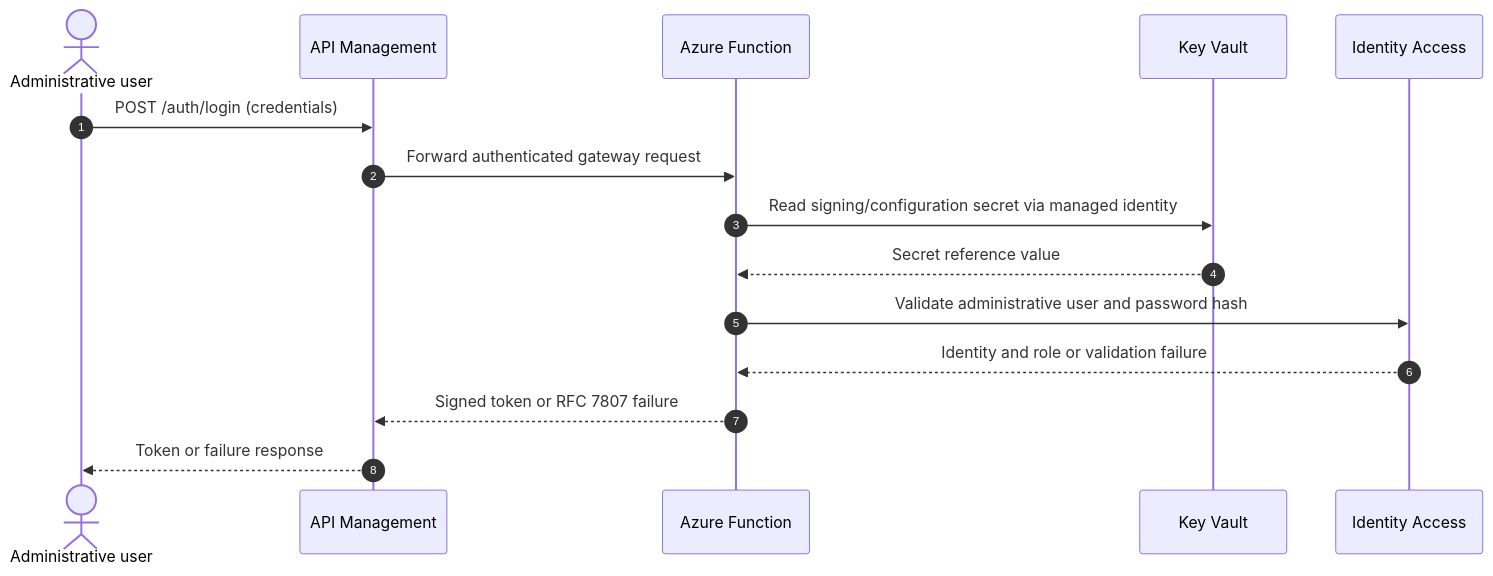
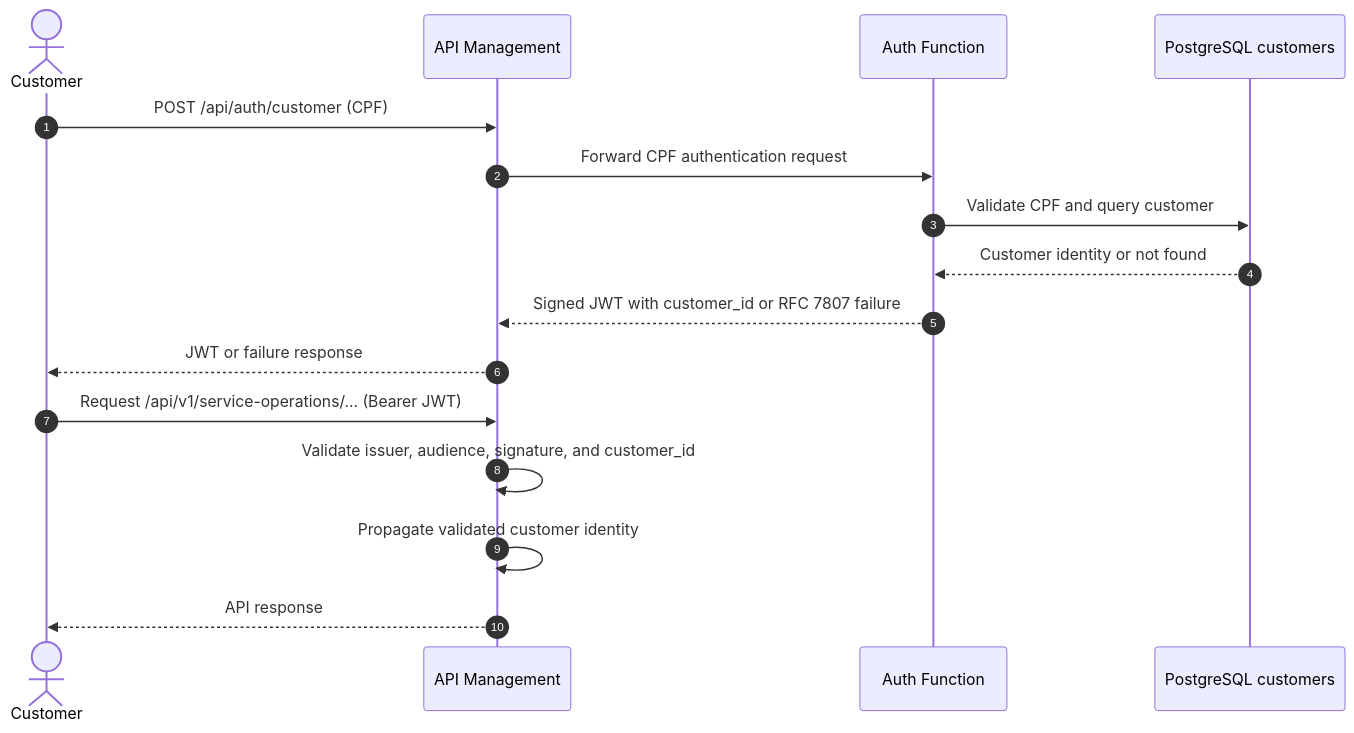
The first of 2 diagrams in docs/architecture/auth-sequence.md (RiseOn-CatCar/catcar-app), drawn with Mermaid before and after one commit. The commit also changed other lines of this file and 29 other files, not shown here.

Commit message:
feat(azure): implement Phase 3 cloud architecture, serverless auth, APIM, and IaC fixes

````diff
--- a/docs/architecture/auth-sequence.md
+++ b/docs/architecture/auth-sequence.md
@@ -5,18 +5,19 @@
 ```mermaid
 sequenceDiagram
     autonumber
-    actor Admin as Administrative user
+    actor Customer as Customer
     participant APIM as API Management
-    participant Auth as Azure Function
-    participant KV as Key Vault
-    participant IAM as Identity Access
+    participant Auth as Auth Function
+    participant DB as PostgreSQL customers
 
-    Admin->>APIM: POST /auth/login (credentials)
-    APIM->>Auth: Forward authenticated gateway request
-    Auth->>KV: Read signing/configuration secret via managed identity
-    KV-->>Auth: Secret reference value
-    Auth->>IAM: Validate administrative user and password hash
-    IAM-->>Auth: Identity and role or validation failure
-    Auth-->>APIM: Signed token or RFC 7807 failure
-    APIM-->>Admin: Token or failure response
+    Customer->>APIM: POST /api/auth/customer (CPF)
+    APIM->>Auth: Forward CPF authentication request
+    Auth->>DB: Validate CPF and query customer
+    DB-->>Auth: Customer identity or not found
+    Auth-->>APIM: Signed JWT with customer_id or RFC 7807 failure
+    APIM-->>Customer: JWT or failure response
+    Customer->>APIM: Request /api/v1/service-operations/... (Bearer JWT)
+    APIM->>APIM: Validate issuer, audience, signature, and customer_id
+    APIM->>APIM: Propagate validated customer identity
+    APIM-->>Customer: API response
 ```
````
